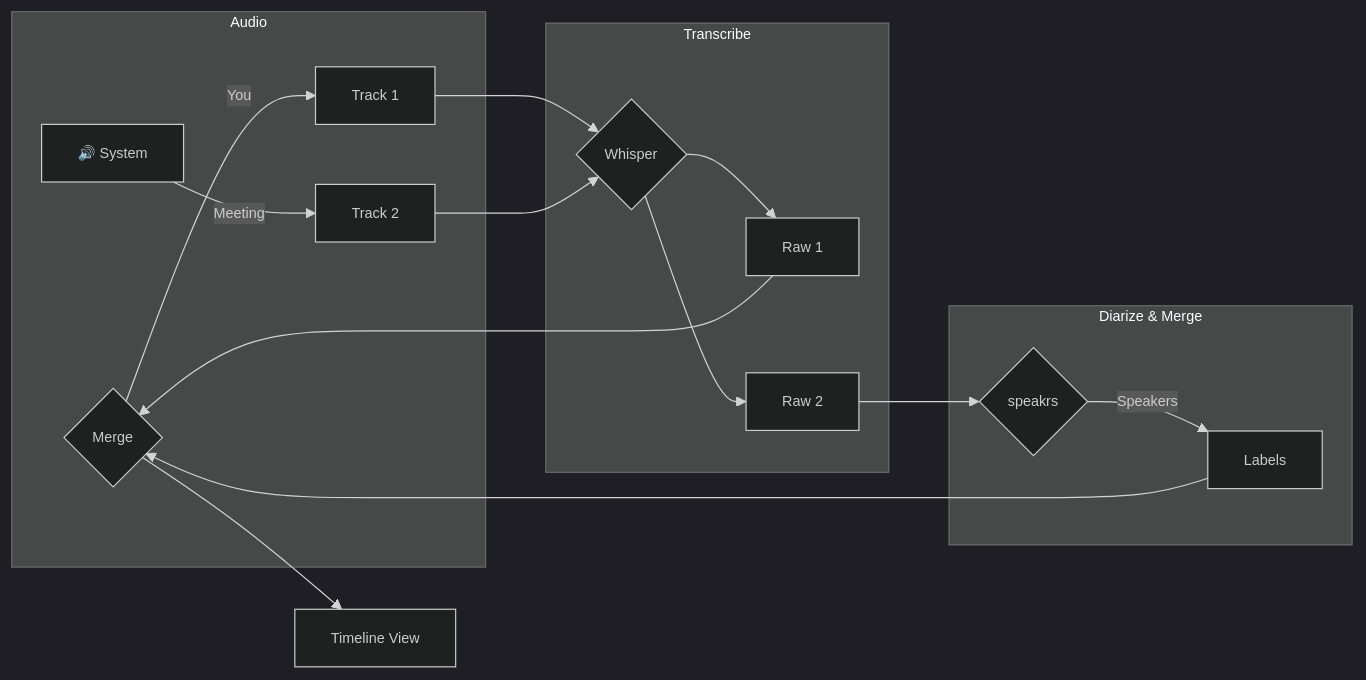
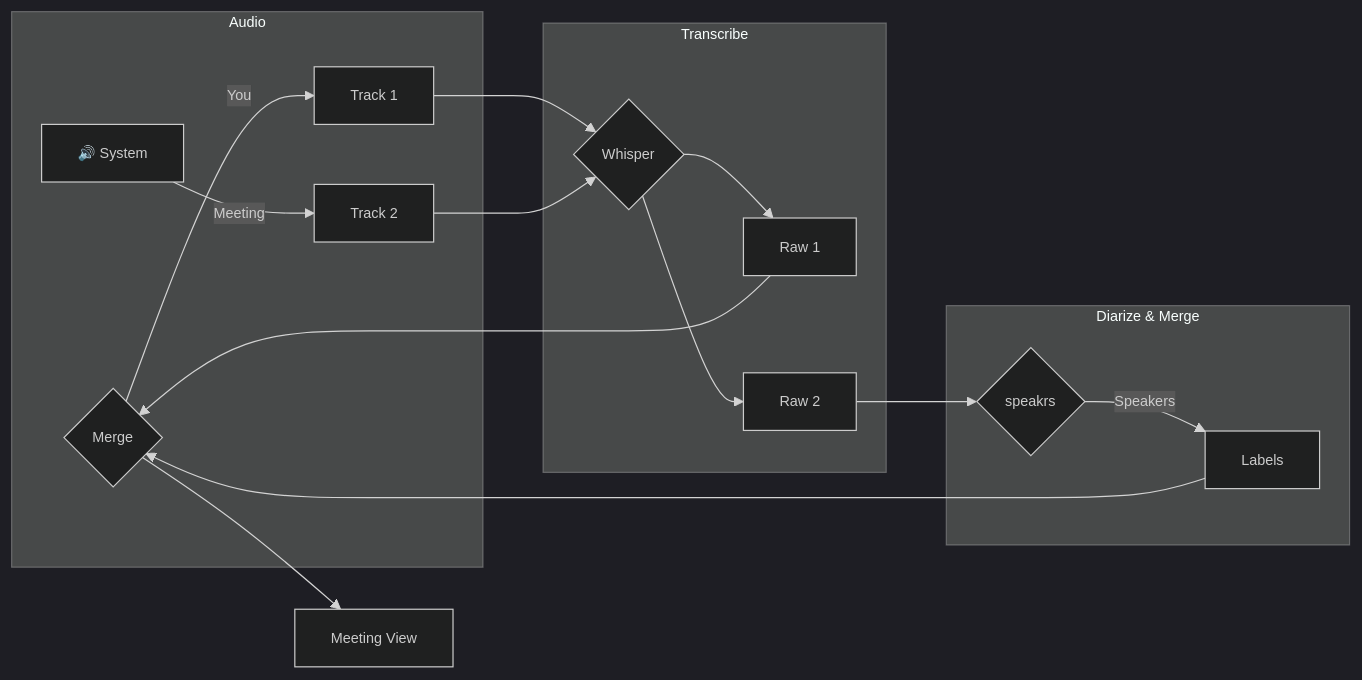
One commit to namefailed/phoneme changed the diagram in docs/user-guide/meeting_mode.md. Above: the diagram before and after it, drawn with Mermaid. The commit also changed other lines of this file and 11 other files, not shown here.

````diff
--- a/docs/user-guide/meeting_mode.md
+++ b/docs/user-guide/meeting_mode.md
@@ -37,24 +37,24 @@
 ```mermaid
 %%{init: {'flowchart': {'curve': 'basis', 'useMaxWidth': false}, 'theme': 'dark', 'themeVariables': { 'fontSize': '12px' }}}%%
 flowchart LR
     subgraph A [Audio]
         M[🎤 Mic] -->|You| T1[Track 1]
         S[🔊 System] -->|Meeting| T2[Track 2]
     end
     
     subgraph X [Transcribe]
         T1 --> W{Whisper}
         T2 --> W
         W --> R1[Raw 1]
         W --> R2[Raw 2]
     end
     
     subgraph D [Diarize & Merge]
         R2 --> P{speakrs}
         P -->|Speakers| L[Labels]
         R1 --> M{Merge}
         L --> M
     end
     
-    M --> V[Timeline View]
+    M --> V[Meeting View]
 ```
````
